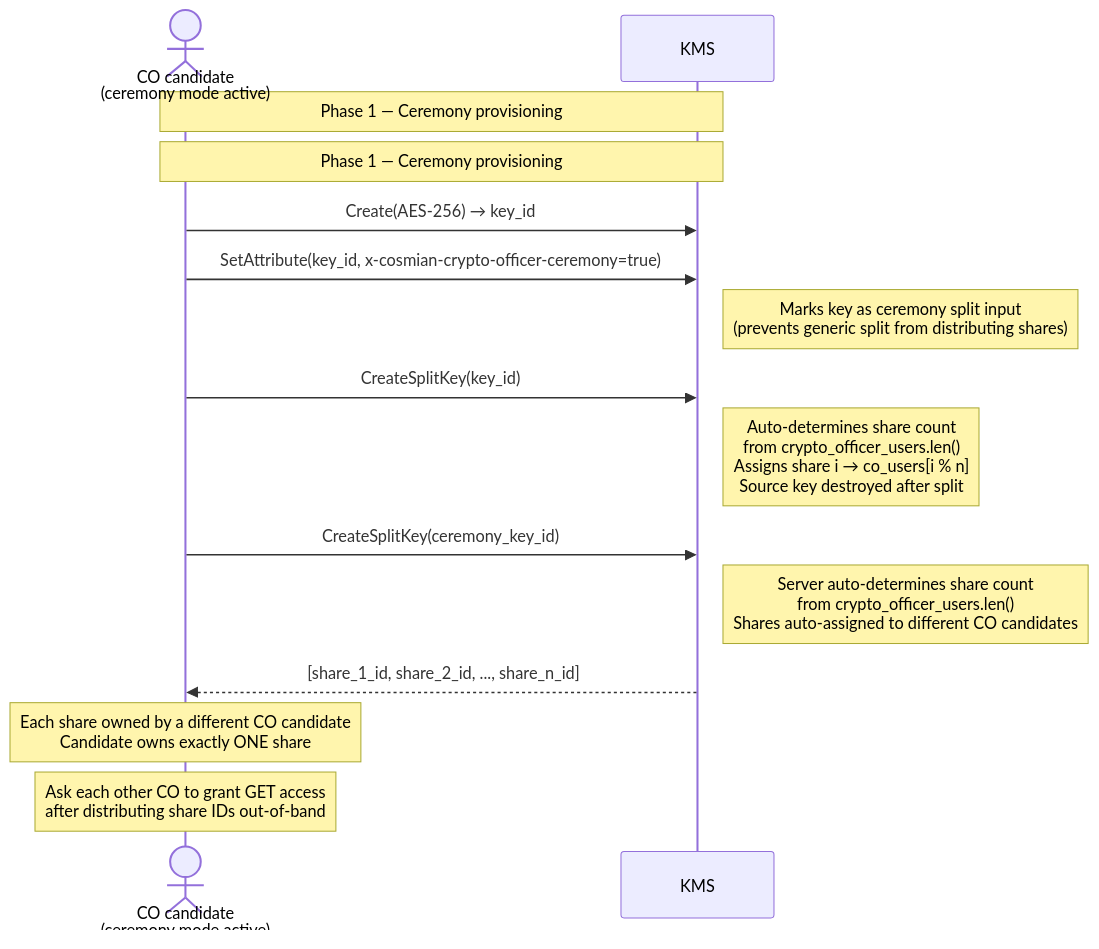
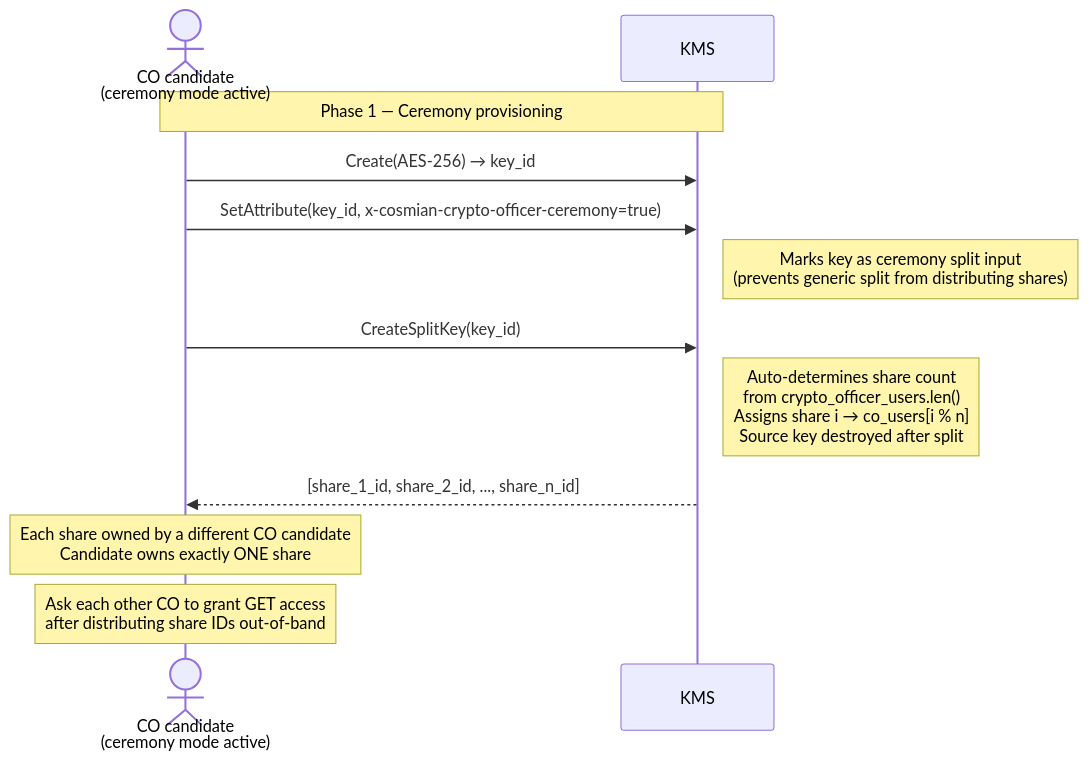
Before and after one commit to Cosmian/kms: the second of 6 diagrams in documentation/docs/configuration/authorization/key_ceremony.md, drawn with Mermaid. The commit also changed other lines of this file and 5 other files, not shown here.

````diff
--- a/documentation/docs/configuration/authorization/key_ceremony.md
+++ b/documentation/docs/configuration/authorization/key_ceremony.md
@@ -170,25 +166,20 @@
 ```mermaid
 sequenceDiagram
     actor Candidate as CO candidate<br/>(ceremony mode active)
-    actor Candidate as CO candidate<br/>(ceremony mode active)
     participant KMS
 
-    Note over Candidate,KMS: Phase 1 — Ceremony provisioning
     Note over Candidate,KMS: Phase 1 — Ceremony provisioning
 
     Candidate->>KMS: Create(AES-256) → key_id
     Candidate->>KMS: SetAttribute(key_id, x-cosmian-crypto-officer-ceremony=true)
     Note right of KMS: Marks key as ceremony split input<br/>(prevents generic split from distributing shares)
 
     Candidate->>KMS: CreateSplitKey(key_id)
     Note right of KMS: Auto-determines share count<br/>from crypto_officer_users.len()<br/>Assigns share i → co_users[i % n]<br/>Source key destroyed after split
 
-    Candidate->>KMS: CreateSplitKey(ceremony_key_id)
-    Note right of KMS: Server auto-determines share count<br/>from crypto_officer_users.len()<br/>Shares auto-assigned to different CO candidates
-
     KMS-->>Candidate: [share_1_id, share_2_id, ..., share_n_id]
 
     Note over Candidate: Each share owned by a different CO candidate<br/>Candidate owns exactly ONE share
 
     Note over Candidate: Ask each other CO to grant GET access<br/>after distributing share IDs out-of-band
 ```
````
